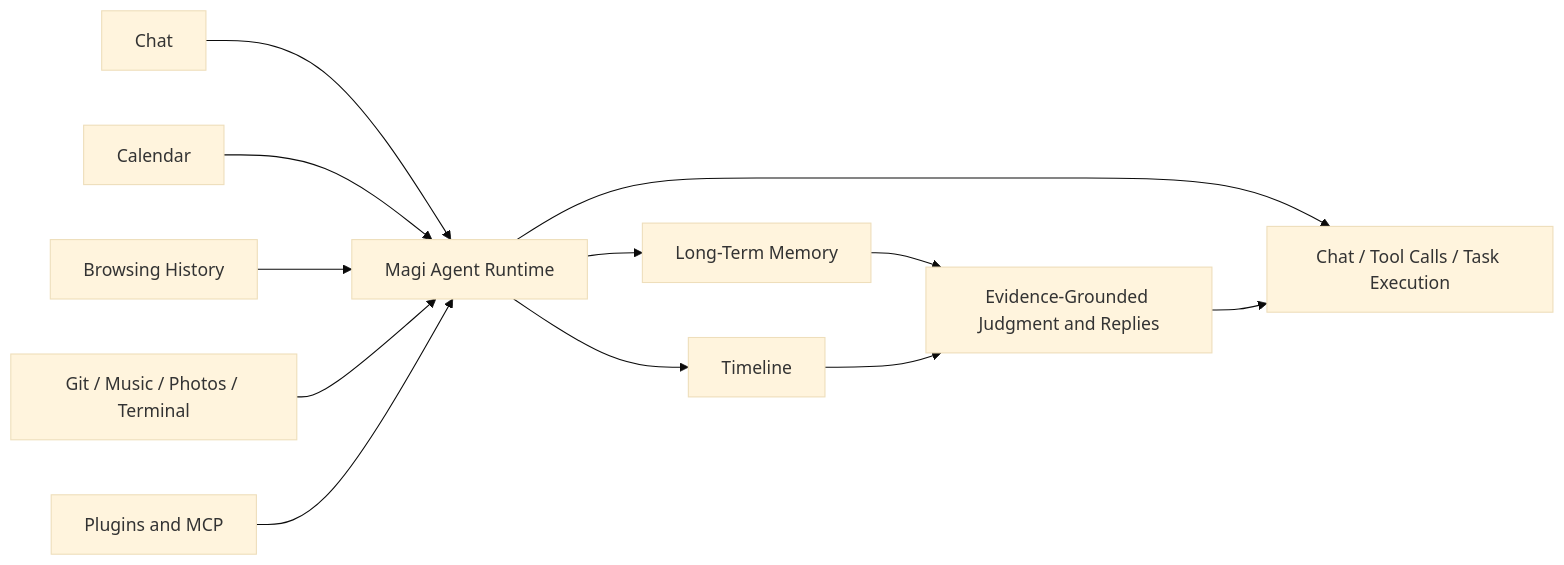
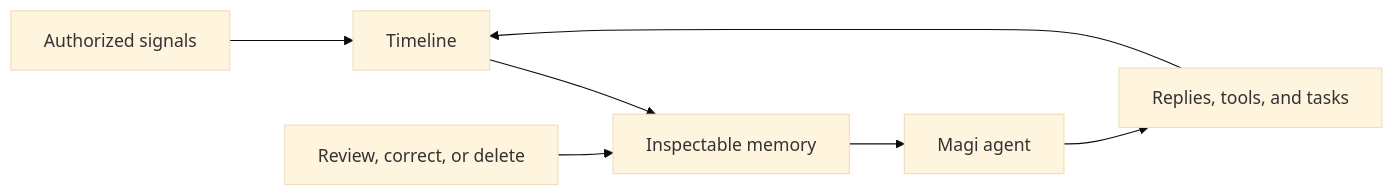
The diagram in README.md (asukaonly/magi), drawn with Mermaid (base theme) before and after one commit. The commit also changed other lines of this file and 1 other file, not shown here.

````diff
--- a/README.md
+++ b/README.md
@@ -52,21 +50,16 @@
 ```mermaid
 flowchart LR
-  A[Chat]
-  B[Calendar]
-  C[Browsing History]
-  D[Git / Music / Photos / Terminal]
-  E[Plugins and MCP]
+  S[Authorized signals]
+  T[Timeline]
+  M[Inspectable memory]
+  A[Magi agent]
+  R[Replies, tools, and tasks]
+  C[Review, correct, or delete]
 
-  A --> M[Magi Agent Runtime]
-  B --> M
+  S --> T
+  T --> M
+  M --> A
+  A --> R
+  R --> T
   C --> M
-  D --> M
-  E --> M
-
-  M --> X[Chat / Tool Calls / Task Execution]
-  M --> T[Timeline]
-  M --> L[Long-Term Memory]
-  L --> R[Evidence-Grounded Judgment and Replies]
-  T --> R
-  R --> X
 ```
````
